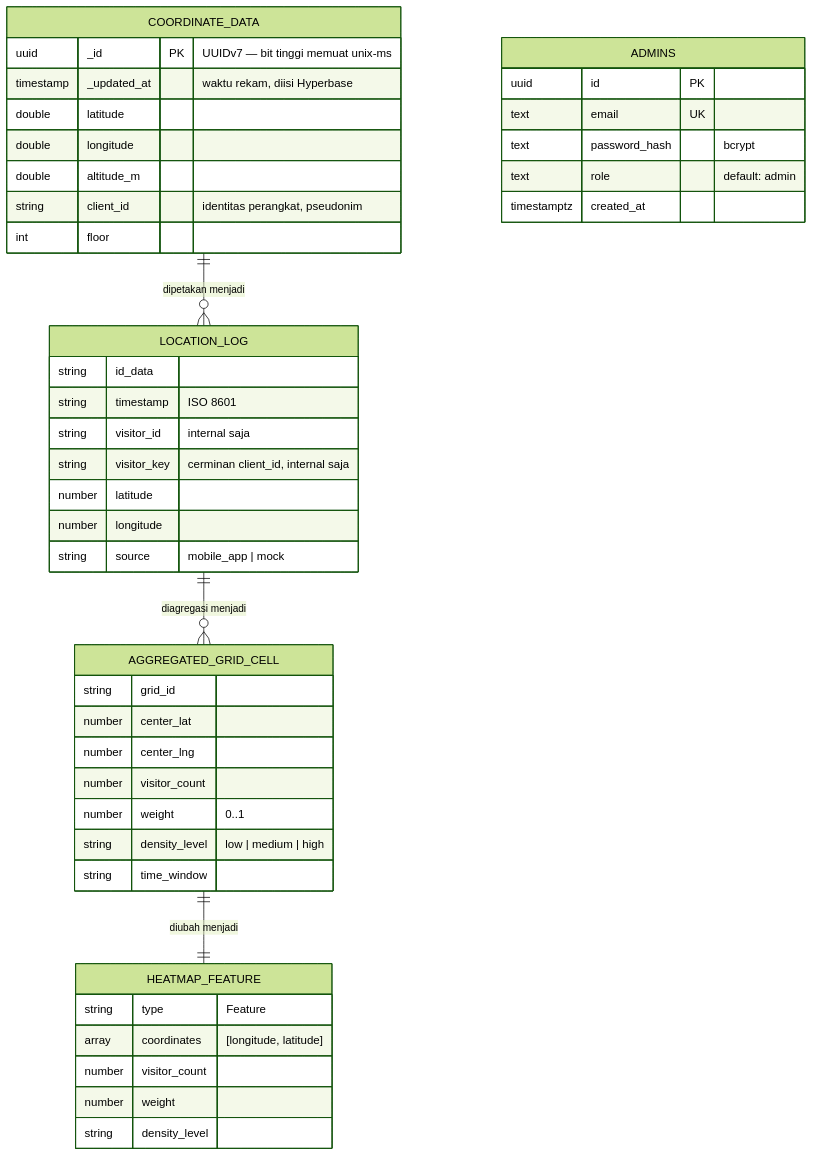
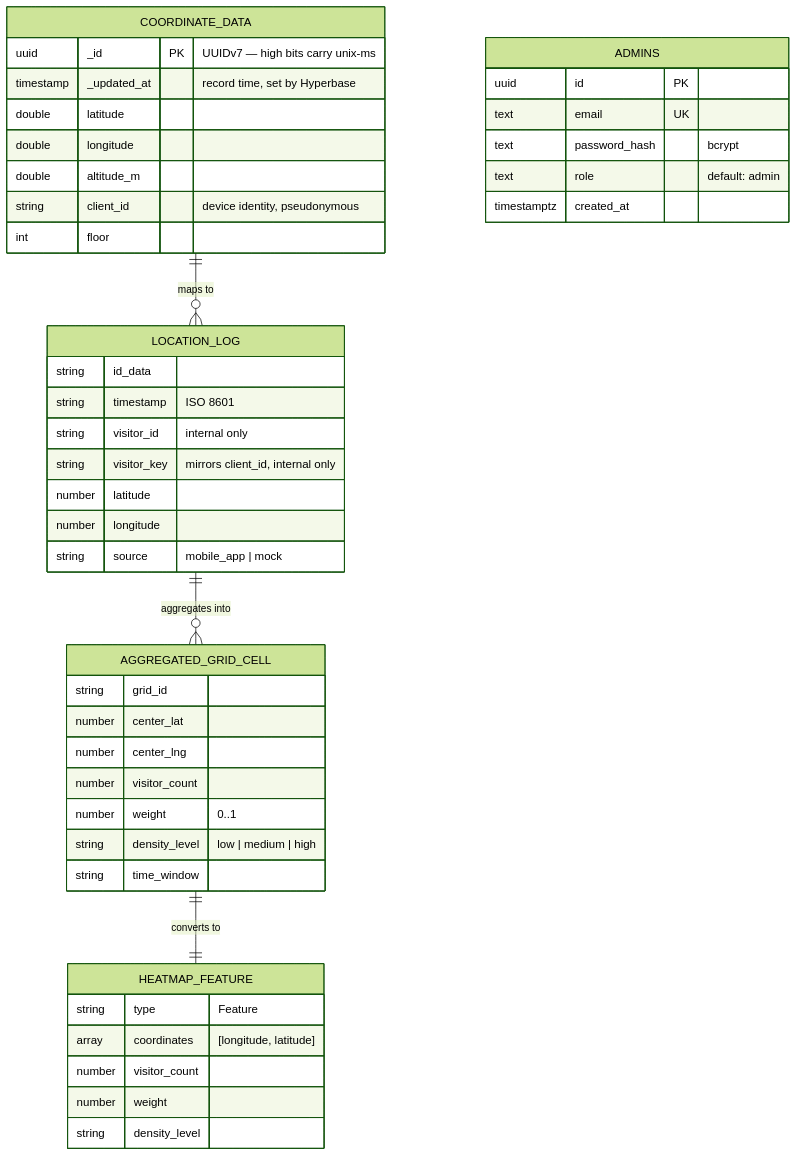
Before and after one commit to Hitchgernn/heatmap-dashboard: the fourth of 8 diagrams in docs/BLUEPRINT.md, drawn with Mermaid (forest theme). The commit also changed other lines of this file and 11 other files, not shown here.

````diff
--- a/docs/BLUEPRINT.md
+++ b/docs/BLUEPRINT.md
@@ -388,52 +373,52 @@
 ```mermaid
 erDiagram
     COORDINATE_DATA {
-        uuid  _id PK "UUIDv7 — bit tinggi memuat unix-ms"
-        timestamp _updated_at "waktu rekam, diisi Hyperbase"
+        uuid  _id PK "UUIDv7 — high bits carry unix-ms"
+        timestamp _updated_at "record time, set by Hyperbase"
         double latitude
         double longitude
         double altitude_m
-        string client_id "identitas perangkat, pseudonim"
+        string client_id "device identity, pseudonymous"
         int    floor
     }
 
     ADMINS {
         uuid   id PK
         text   email UK
         text   password_hash "bcrypt"
         text   role "default: admin"
         timestamptz created_at
     }
 
     LOCATION_LOG {
         string id_data
         string timestamp "ISO 8601"
-        string visitor_id "internal saja"
-        string visitor_key "cerminan client_id, internal saja"
+        string visitor_id "internal only"
+        string visitor_key "mirrors client_id, internal only"
         number latitude
         number longitude
         string source "mobile_app | mock"
     }
 
     AGGREGATED_GRID_CELL {
         string grid_id
         number center_lat
         number center_lng
         number visitor_count
         number weight "0..1"
         string density_level "low | medium | high"
         string time_window
     }
 
     HEATMAP_FEATURE {
         string type "Feature"
         array  coordinates "[longitude, latitude]"
         number visitor_count
         number weight
         string density_level
     }
 
-    COORDINATE_DATA ||--o{ LOCATION_LOG : "dipetakan menjadi"
-    LOCATION_LOG    ||--o{ AGGREGATED_GRID_CELL : "diagregasi menjadi"
-    AGGREGATED_GRID_CELL ||--|| HEATMAP_FEATURE : "diubah menjadi"
+    COORDINATE_DATA ||--o{ LOCATION_LOG : "maps to"
+    LOCATION_LOG    ||--o{ AGGREGATED_GRID_CELL : "aggregates into"
+    AGGREGATED_GRID_CELL ||--|| HEATMAP_FEATURE : "converts to"
 ```
````
